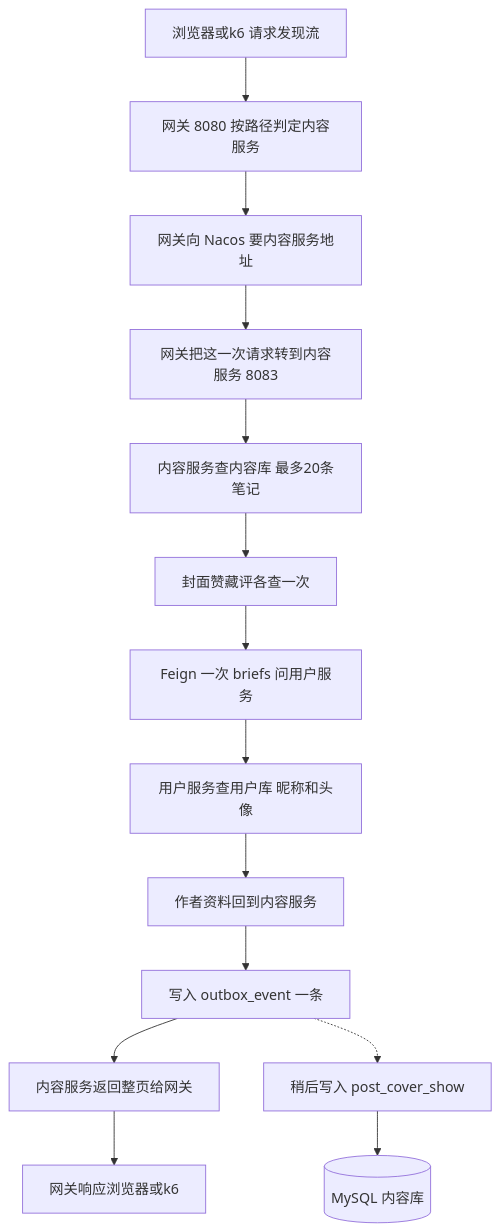
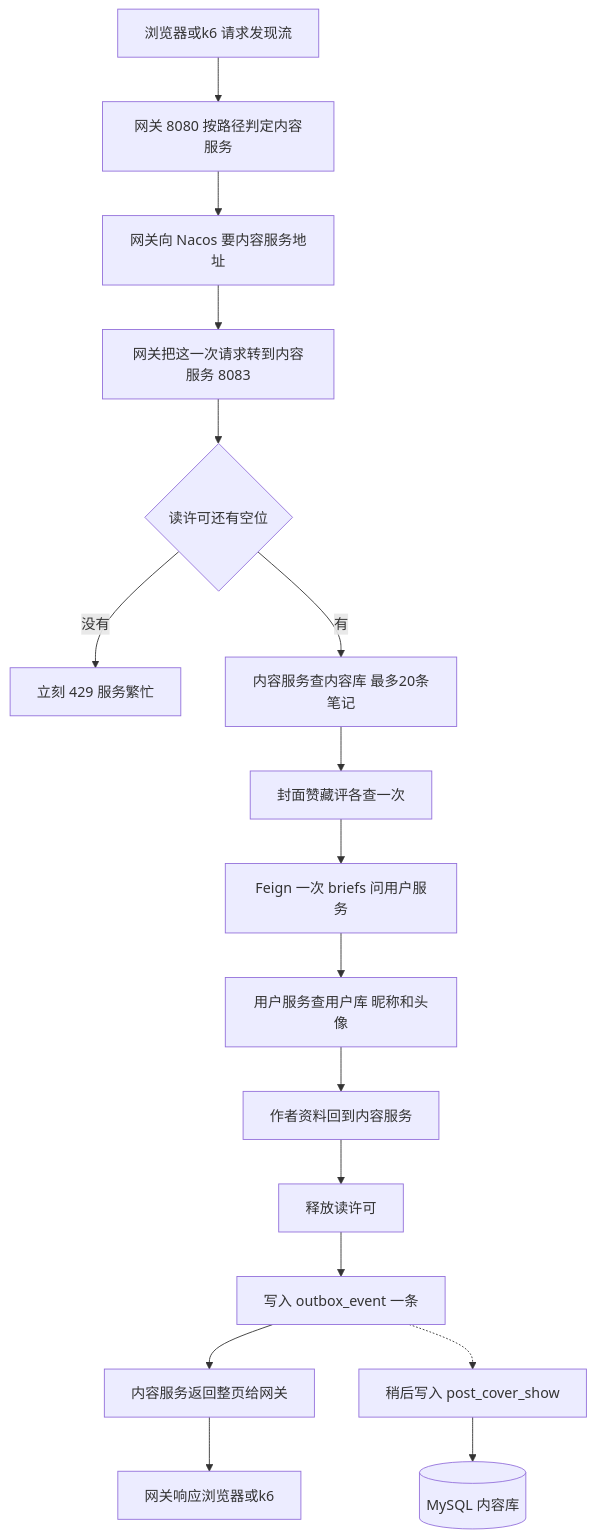
One commit to Yangleduo00337788/OnePage changed diagram 14 of 16 in agi-work-space/src/content/engineering/tech/diagrams.md. Above: the diagram before and after it, drawn with Mermaid. The commit also changed other lines of this file and 10 other files, not shown here.

````diff
--- a/agi-work-space/src/content/engineering/tech/diagrams.md
+++ b/agi-work-space/src/content/engineering/tech/diagrams.md
@@ -384,16 +384,19 @@
 ```mermaid
 flowchart TD
   A["浏览器或k6 请求发现流"] --> B["网关 8080 按路径判定内容服务"]
   B --> C["网关向 Nacos 要内容服务地址"]
   C --> D["网关把这一次请求转到内容服务 8083"]
-  D --> E["内容服务查内容库 最多20条笔记"]
+  D --> P{"读许可还有空位"}
+  P -->|没有| Q["立刻 429 服务繁忙"]
+  P -->|有| E["内容服务查内容库 最多20条笔记"]
   E --> F["封面赞藏评各查一次"]
   F --> G["Feign 一次 briefs 问用户服务"]
   G --> H["用户服务查用户库 昵称和头像"]
   H --> I["作者资料回到内容服务"]
-  I --> L["写入 outbox_event 一条"]
+  I --> R["释放读许可"]
+  R --> L["写入 outbox_event 一条"]
   L --> J["内容服务返回整页给网关"]
   J --> K["网关响应浏览器或k6"]
   L -.-> M["稍后写入 post_cover_show"]
   M --> N[("MySQL 内容库")]
 ```
````
